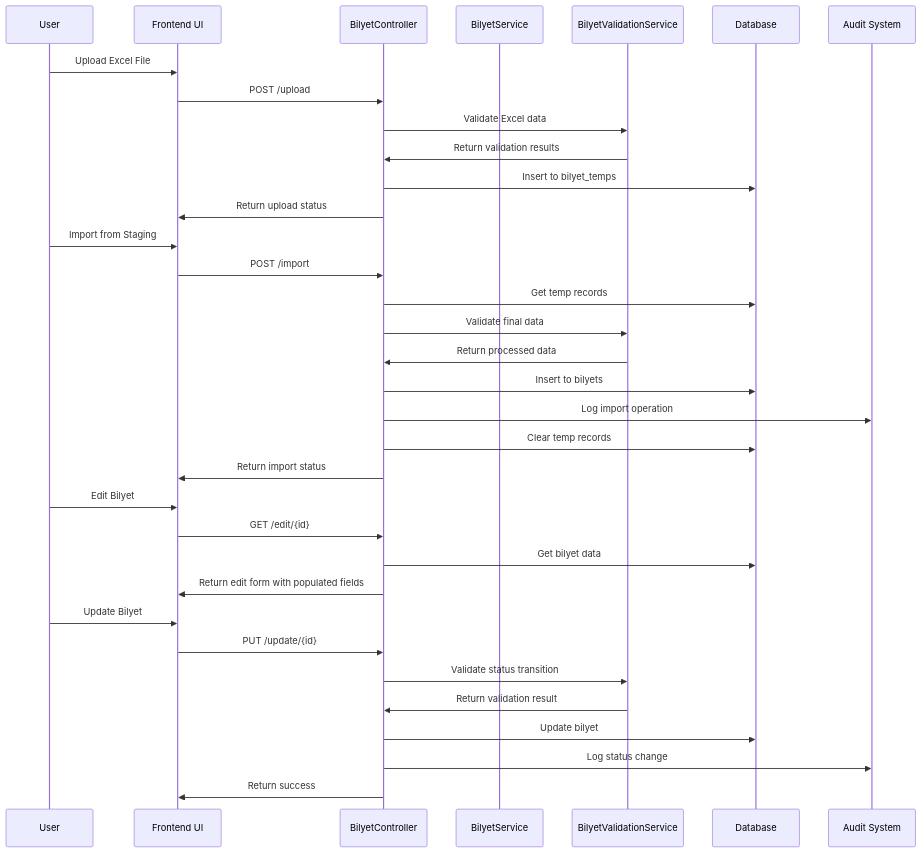
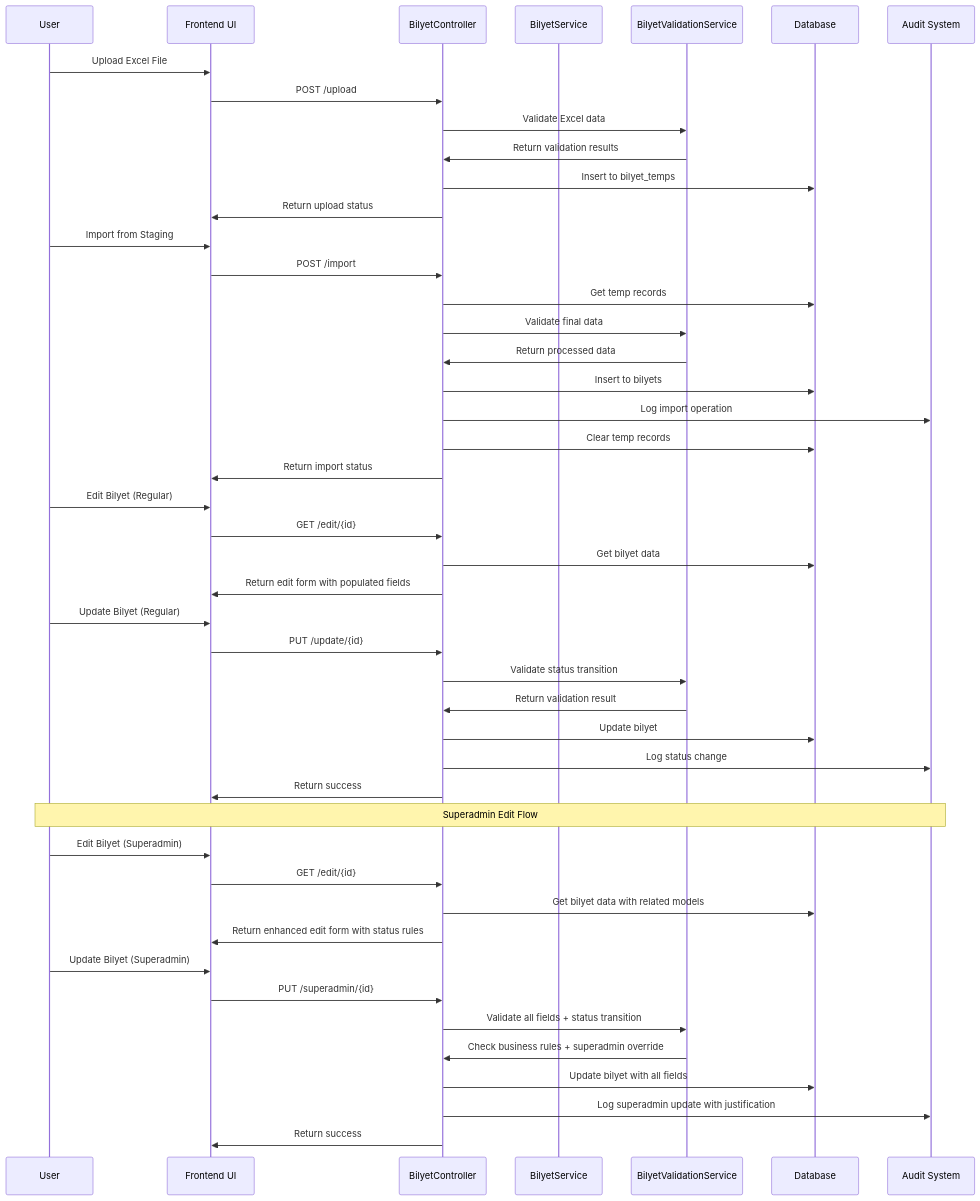
Before and after one commit to rachmanj/payreq-x-v3: the second of 4 diagrams in docs/architecture.md, drawn with Mermaid. The commit also changed 8 other files, not shown here.

First line of the commit message:
Implement Superadmin Bilyet Edit Feature with Enhanced Status Validation

````diff
--- a/docs/architecture.md
+++ b/docs/architecture.md
@@ -185,40 +185,54 @@
 ```mermaid
 sequenceDiagram
     participant User
     participant UI as Frontend UI
     participant Controller as BilyetController
     participant Service as BilyetService
     participant Validation as BilyetValidationService
     participant DB as Database
     participant Audit as Audit System
 
     User->>UI: Upload Excel File
     UI->>Controller: POST /upload
     Controller->>Validation: Validate Excel data
     Validation->>Controller: Return validation results
     Controller->>DB: Insert to bilyet_temps
     Controller->>UI: Return upload status
 
     User->>UI: Import from Staging
     UI->>Controller: POST /import
     Controller->>DB: Get temp records
     Controller->>Validation: Validate final data
     Validation->>Controller: Return processed data
     Controller->>DB: Insert to bilyets
     Controller->>Audit: Log import operation
     Controller->>DB: Clear temp records
     Controller->>UI: Return import status
 
-    User->>UI: Edit Bilyet
+    User->>UI: Edit Bilyet (Regular)
     UI->>Controller: GET /edit/{id}
     Controller->>DB: Get bilyet data
     Controller->>UI: Return edit form with populated fields
 
-    User->>UI: Update Bilyet
+    User->>UI: Update Bilyet (Regular)
     UI->>Controller: PUT /update/{id}
     Controller->>Validation: Validate status transition
     Validation->>Controller: Return validation result
     Controller->>DB: Update bilyet
     Controller->>Audit: Log status change
     Controller->>UI: Return success
+
+    Note over User,Audit: Superadmin Edit Flow
+    User->>UI: Edit Bilyet (Superadmin)
+    UI->>Controller: GET /edit/{id}
+    Controller->>DB: Get bilyet data with related models
+    Controller->>UI: Return enhanced edit form with status rules
+
+    User->>UI: Update Bilyet (Superadmin)
+    UI->>Controller: PUT /superadmin/{id}
+    Controller->>Validation: Validate all fields + status transition
+    Validation->>Controller: Check business rules + superadmin override
+    Controller->>DB: Update bilyet with all fields
+    Controller->>Audit: Log superadmin update with justification
+    Controller->>UI: Return success
 ```
````
